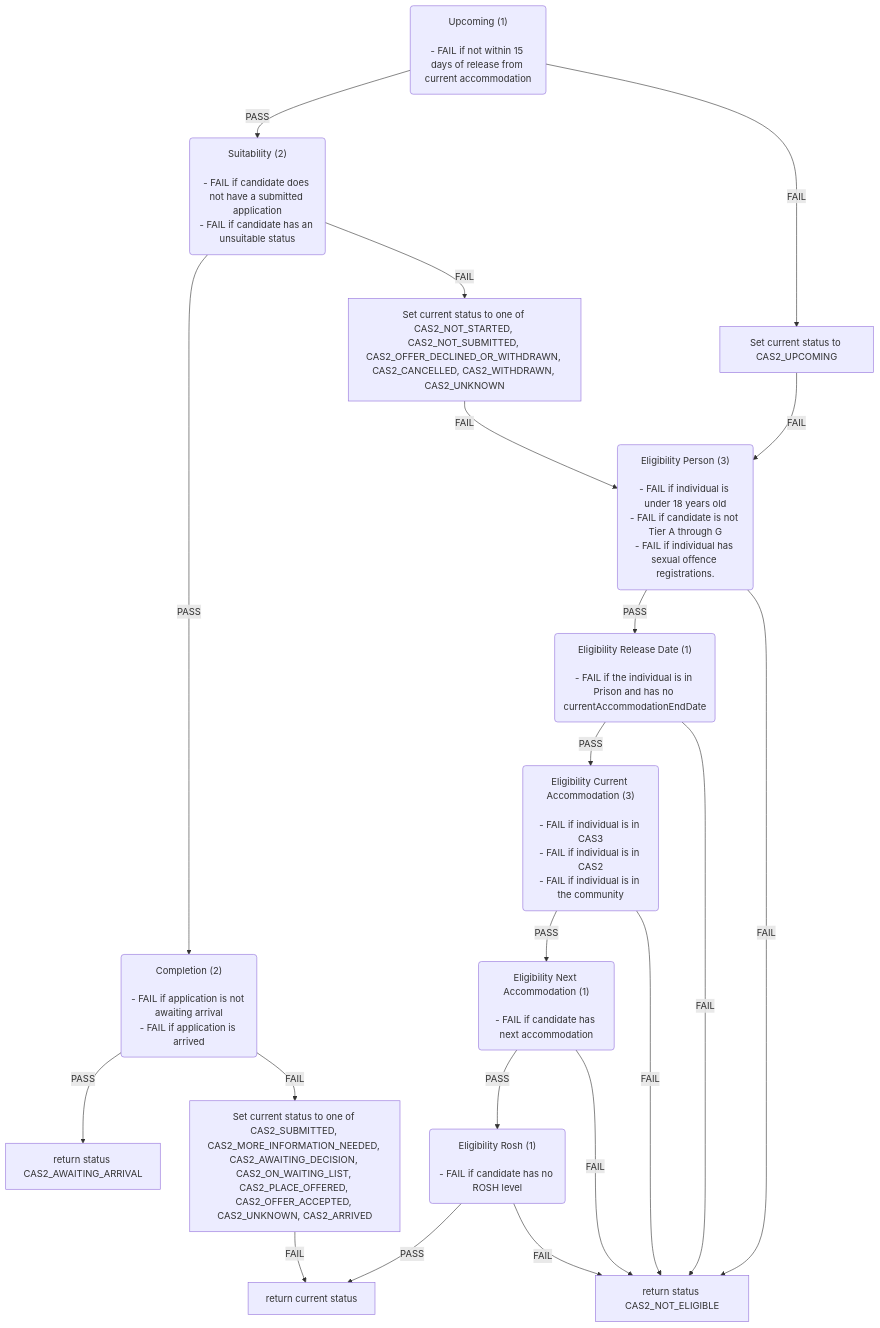
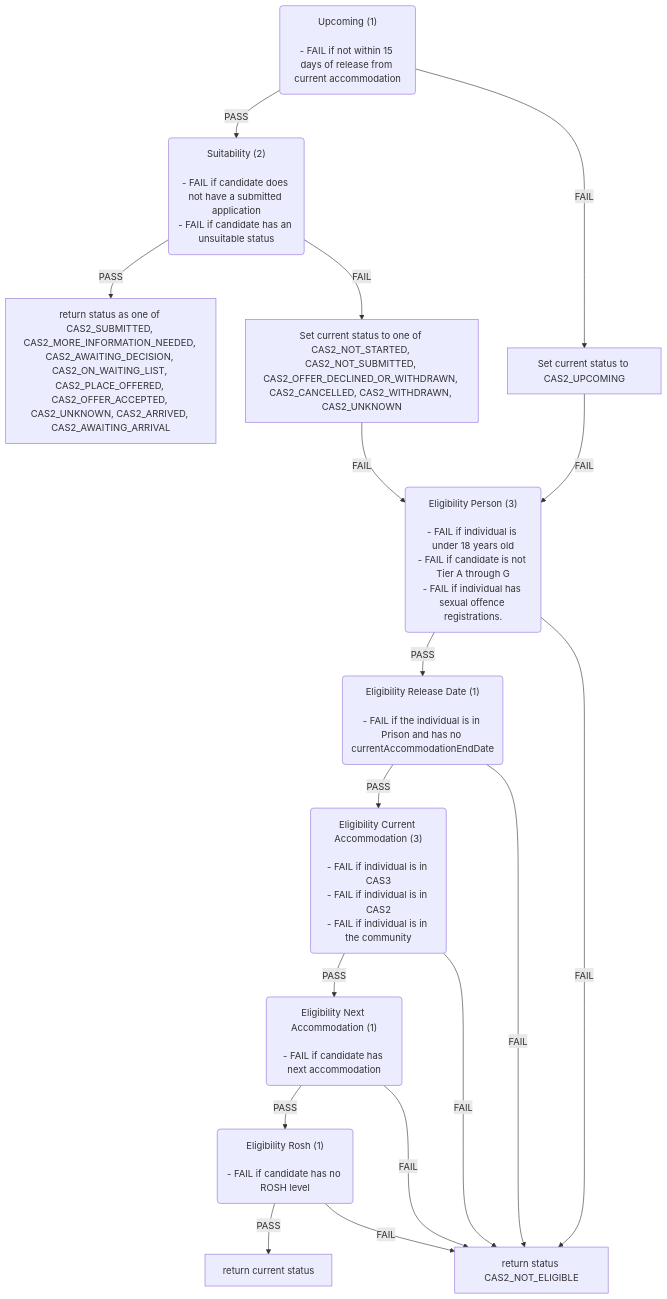
The second of 6 diagrams in docs/eligibility-rules-graph.md (ministryofjustice/hmpps-single-accommodation-service-api), drawn with Mermaid before and after one commit. The commit also changed other lines of this file and 30 other files, not shown here.

````diff
--- a/docs/eligibility-rules-graph.md
+++ b/docs/eligibility-rules-graph.md
@@ -113,58 +112,50 @@
 ```mermaid
 flowchart TD
   Upcoming("Upcoming (1)
 
 - FAIL if not within 15 days of release from current accommodation")
   Suitability("Suitability (2)
 
 - FAIL if candidate does not have a submitted application
 - FAIL if candidate has an unsuitable status")
-  Completion("Completion (2)
-
-- FAIL if application is not awaiting arrival
-- FAIL if application is arrived")
-  return_status_CAS2_AWAITING_ARRIVAL["return status CAS2_AWAITING_ARRIVAL"]
-  Set_current_status_to_one_of_CAS2_SUBMITTED__CAS2_MORE_INFORMATION_NEEDED__CAS2_AWAITING_DECISION__CAS2_ON_WAITING_LIST__CAS2_PLACE_OFFERED__CAS2_OFFER_ACCEPTED__CAS2_UNKNOWN__CAS2_ARRIVED["Set current status to one of CAS2_SUBMITTED, CAS2_MORE_INFORMATION_NEEDED, CAS2_AWAITING_DECISION, CAS2_ON_WAITING_LIST, CAS2_PLACE_OFFERED, CAS2_OFFER_ACCEPTED, CAS2_UNKNOWN, CAS2_ARRIVED"]
-  return_current_status["return current status"]
+  return_status_as_one_of_CAS2_SUBMITTED__CAS2_MORE_INFORMATION_NEEDED__CAS2_AWAITING_DECISION__CAS2_ON_WAITING_LIST__CAS2_PLACE_OFFERED__CAS2_OFFER_ACCEPTED__CAS2_UNKNOWN__CAS2_ARRIVED__CAS2_AWAITING_ARRIVAL["return status as one of CAS2_SUBMITTED, CAS2_MORE_INFORMATION_NEEDED, CAS2_AWAITING_DECISION, CAS2_ON_WAITING_LIST, CAS2_PLACE_OFFERED, CAS2_OFFER_ACCEPTED, CAS2_UNKNOWN, CAS2_ARRIVED, CAS2_AWAITING_ARRIVAL"]
   Set_current_status_to_one_of_CAS2_NOT_STARTED__CAS2_NOT_SUBMITTED__CAS2_OFFER_DECLINED_OR_WITHDRAWN__CAS2_CANCELLED__CAS2_WITHDRAWN__CAS2_UNKNOWN["Set current status to one of CAS2_NOT_STARTED, CAS2_NOT_SUBMITTED, CAS2_OFFER_DECLINED_OR_WITHDRAWN, CAS2_CANCELLED, CAS2_WITHDRAWN, CAS2_UNKNOWN"]
   Eligibility_Person("Eligibility Person (3)
 
 - FAIL if individual is under 18 years old
 - FAIL if candidate is not Tier A through G
 - FAIL if individual has sexual offence registrations.")
   Eligibility_Release_Date("Eligibility Release Date (1)
 
 - FAIL if the individual is in Prison and has no currentAccommodationEndDate")
   Eligibility_Current_Accommodation("Eligibility Current Accommodation (3)
 
 - FAIL if individual is in CAS3
 - FAIL if individual is in CAS2
 - FAIL if individual is in the community")
   Eligibility_Next_Accommodation("Eligibility Next Accommodation (1)
 
 - FAIL if candidate has next accommodation")
   Eligibility_Rosh("Eligibility Rosh (1)
 
 - FAIL if candidate has no ROSH level")
+  return_current_status["return current status"]
   return_status_CAS2_NOT_ELIGIBLE["return status CAS2_NOT_ELIGIBLE"]
   Set_current_status_to_CAS2_UPCOMING["Set current status to CAS2_UPCOMING"]
-  Completion -->|PASS| return_status_CAS2_AWAITING_ARRIVAL
-  Completion -->|FAIL| Set_current_status_to_one_of_CAS2_SUBMITTED__CAS2_MORE_INFORMATION_NEEDED__CAS2_AWAITING_DECISION__CAS2_ON_WAITING_LIST__CAS2_PLACE_OFFERED__CAS2_OFFER_ACCEPTED__CAS2_UNKNOWN__CAS2_ARRIVED
-  Set_current_status_to_one_of_CAS2_SUBMITTED__CAS2_MORE_INFORMATION_NEEDED__CAS2_AWAITING_DECISION__CAS2_ON_WAITING_LIST__CAS2_PLACE_OFFERED__CAS2_OFFER_ACCEPTED__CAS2_UNKNOWN__CAS2_ARRIVED -->|FAIL| return_current_status
-  Suitability -->|PASS| Completion
+  Suitability -->|PASS| return_status_as_one_of_CAS2_SUBMITTED__CAS2_MORE_INFORMATION_NEEDED__CAS2_AWAITING_DECISION__CAS2_ON_WAITING_LIST__CAS2_PLACE_OFFERED__CAS2_OFFER_ACCEPTED__CAS2_UNKNOWN__CAS2_ARRIVED__CAS2_AWAITING_ARRIVAL
   Suitability -->|FAIL| Set_current_status_to_one_of_CAS2_NOT_STARTED__CAS2_NOT_SUBMITTED__CAS2_OFFER_DECLINED_OR_WITHDRAWN__CAS2_CANCELLED__CAS2_WITHDRAWN__CAS2_UNKNOWN
   Eligibility_Rosh -->|PASS| return_current_status
   Eligibility_Rosh -->|FAIL| return_status_CAS2_NOT_ELIGIBLE
   Eligibility_Next_Accommodation -->|PASS| Eligibility_Rosh
   Eligibility_Next_Accommodation -->|FAIL| return_status_CAS2_NOT_ELIGIBLE
   Eligibility_Current_Accommodation -->|PASS| Eligibility_Next_Accommodation
   Eligibility_Current_Accommodation -->|FAIL| return_status_CAS2_NOT_ELIGIBLE
   Eligibility_Release_Date -->|PASS| Eligibility_Current_Accommodation
   Eligibility_Release_Date -->|FAIL| return_status_CAS2_NOT_ELIGIBLE
   Eligibility_Person -->|PASS| Eligibility_Release_Date
   Eligibility_Person -->|FAIL| return_status_CAS2_NOT_ELIGIBLE
   Set_current_status_to_one_of_CAS2_NOT_STARTED__CAS2_NOT_SUBMITTED__CAS2_OFFER_DECLINED_OR_WITHDRAWN__CAS2_CANCELLED__CAS2_WITHDRAWN__CAS2_UNKNOWN -->|FAIL| Eligibility_Person
   Upcoming -->|PASS| Suitability
   Upcoming -->|FAIL| Set_current_status_to_CAS2_UPCOMING
   Set_current_status_to_CAS2_UPCOMING -->|FAIL| Eligibility_Person
 ```
````
